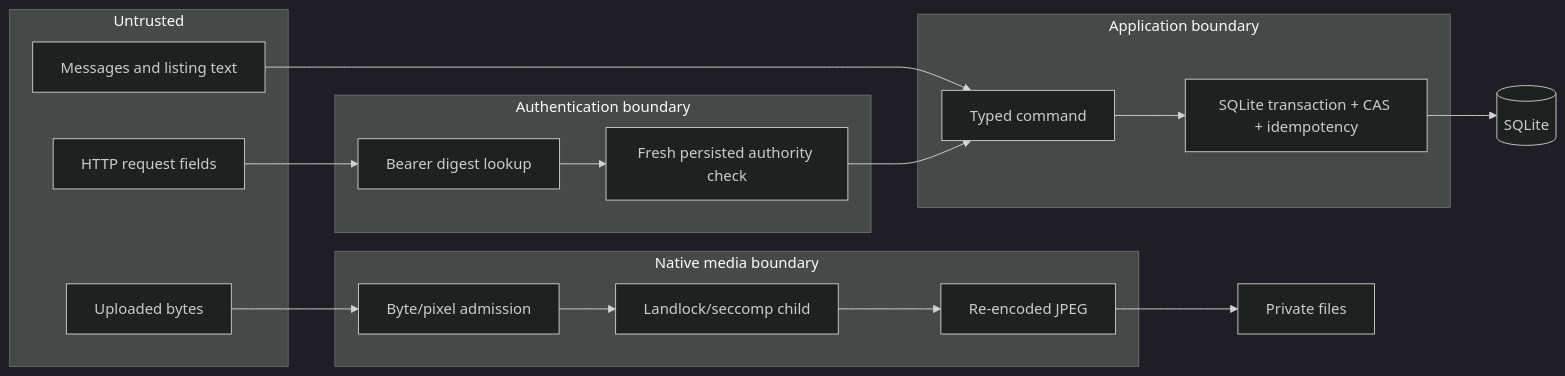
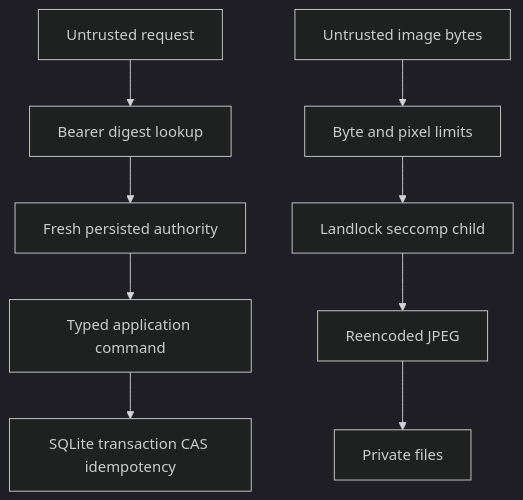
Before and after one commit to LeonidYasin/mcp-rooms: the third of 5 diagrams in docs/architecture-graph.md, drawn with Mermaid (dark theme). The commit also changed other lines of this file and 4 other files, not shown here.

````diff
--- a/docs/architecture-graph.md
+++ b/docs/architecture-graph.md
@@ -70,30 +61,11 @@
 ```mermaid
-flowchart LR
-  subgraph Untrusted
-    TEXT[Messages and listing text]
-    IMG[Uploaded bytes]
-    HTTP[HTTP request fields]
-  end
-
-  subgraph AuthBoundary[Authentication boundary]
-    TOKEN[Bearer digest lookup]
-    AUTH[Fresh persisted authority check]
-  end
-
-  subgraph App[Application boundary]
-    CMD[Typed command]
-    TX[SQLite transaction + CAS + idempotency]
-  end
-
-  subgraph Media[Native media boundary]
-    ADMIT[Byte/pixel admission]
-    CHILD[Landlock/seccomp child]
-    DERIV[Re-encoded JPEG]
-  end
-
-  TEXT --> CMD
-  HTTP --> TOKEN --> AUTH --> CMD --> TX
-  IMG --> ADMIT --> CHILD --> DERIV
-  TX --> DB[(SQLite)]
-  DERIV --> FS[Private files]
+flowchart TD
+  Request[Untrusted request] --> Token[Bearer digest lookup]
+  Token --> Authority[Fresh persisted authority]
+  Authority --> Command[Typed application command]
+  Command --> Tx[SQLite transaction CAS idempotency]
+  Upload[Untrusted image bytes] --> Admission[Byte and pixel limits]
+  Admission --> Sandbox[Landlock seccomp child]
+  Sandbox --> JPEG[Reencoded JPEG]
+  JPEG --> Storage[Private files]
 ```
````
